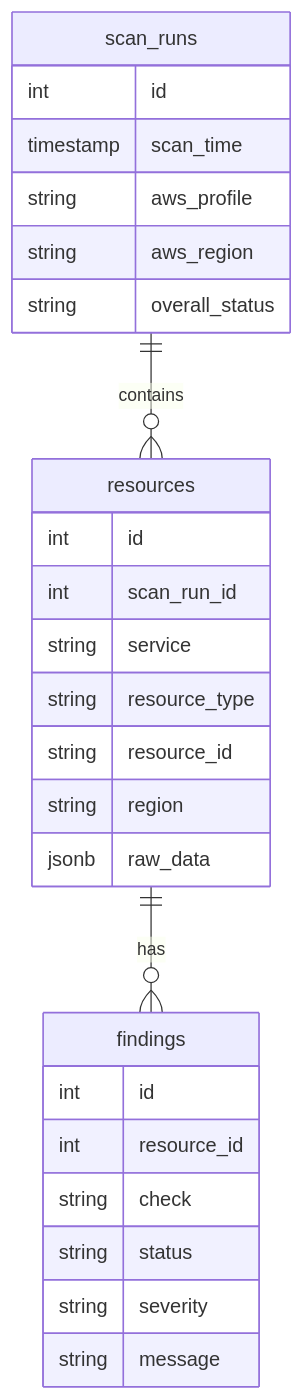
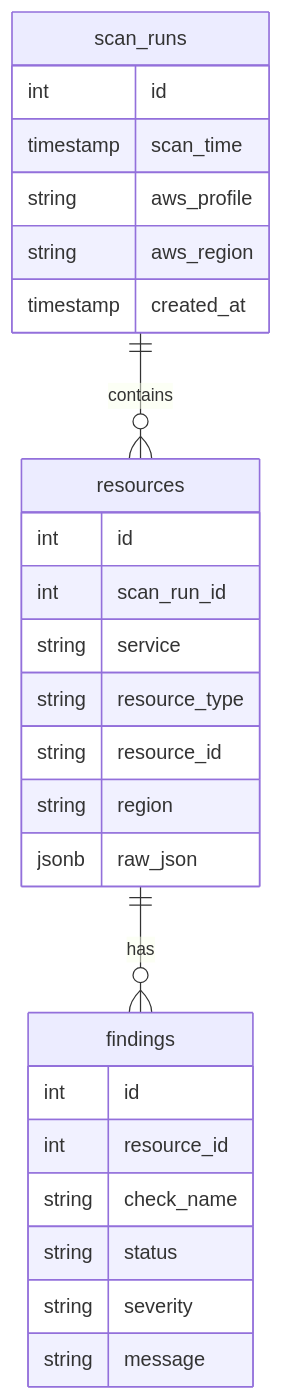
The third of 3 diagrams in docs/architecture.md (SSESSEX/aws-free-tier-guardian), drawn with Mermaid before and after one commit. The commit also changed other lines of this file and 17 other files, not shown here.

````diff
--- a/docs/architecture.md
+++ b/docs/architecture.md
@@ -70,32 +85,32 @@
 ```mermaid
 erDiagram
     scan_runs ||--o{ resources : contains
     resources ||--o{ findings : has
 
     scan_runs {
         int id
         timestamp scan_time
         string aws_profile
         string aws_region
-        string overall_status
+        timestamp created_at
     }
 
     resources {
         int id
         int scan_run_id
         string service
         string resource_type
         string resource_id
         string region
-        jsonb raw_data
+        jsonb raw_json
     }
 
     findings {
         int id
         int resource_id
-        string check
+        string check_name
         string status
         string severity
         string message
     }
 ```
````
